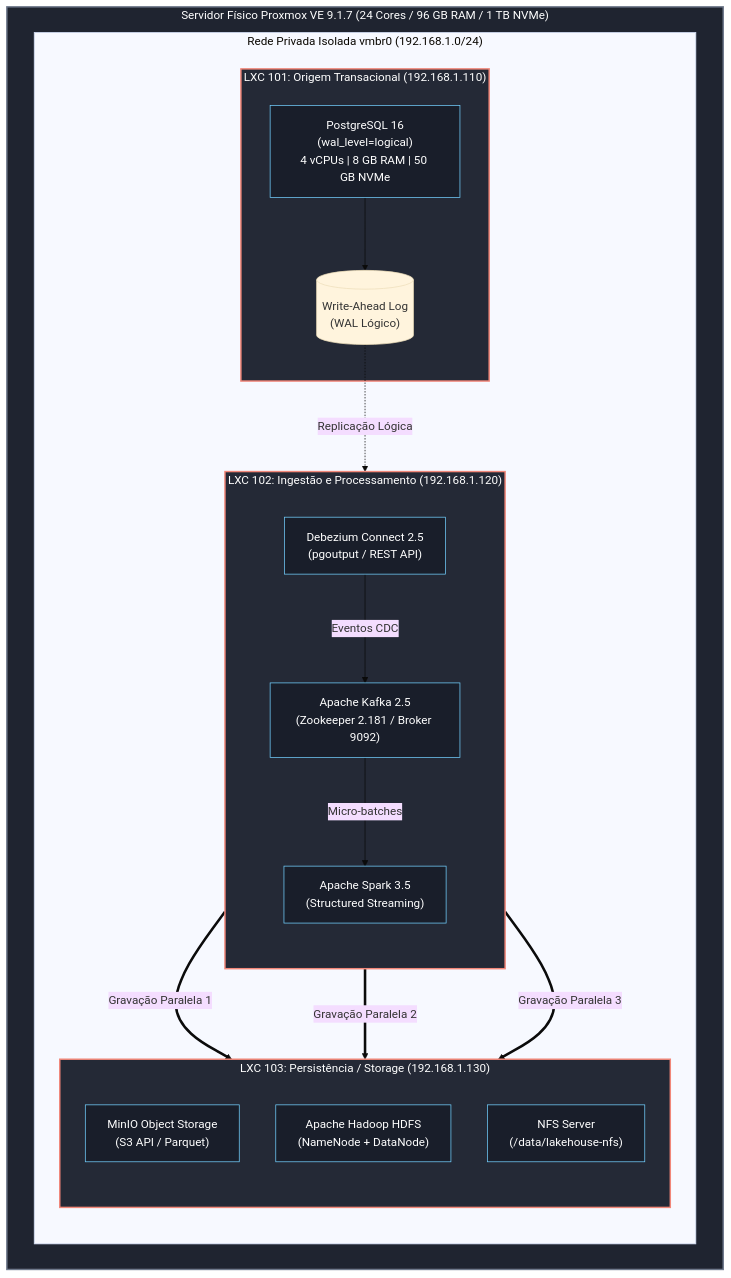
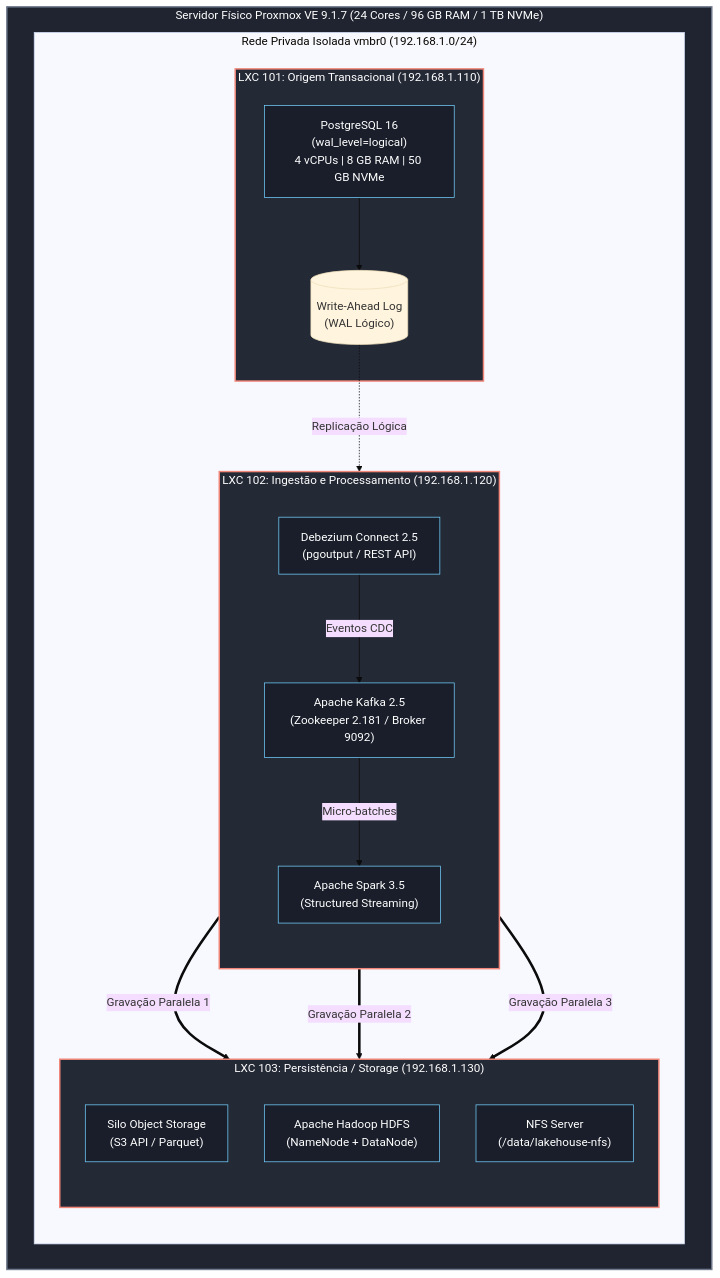
Before and after one commit to leoolivramos/lakehouse-storage-benchmark: the diagram in README.md, drawn with Mermaid (base theme). The commit also changed other lines of this file, not shown here.

Commit message:
docs: Migração do Documento de Minio para SILO

````diff
--- a/README.md
+++ b/README.md
@@ -30,41 +45,41 @@
 ```mermaid
 flowchart TD
     subgraph BareMetal ["Servidor Físico Proxmox VE 9.1.7 (24 Cores / 96 GB RAM / 1 TB NVMe)"]
         subgraph Subnet ["Rede Privada Isolada vmbr0 (192.168.1.0/24)"]
             
             subgraph LXC101 ["LXC 101: Origem Transacional (192.168.1.110)"]
                 PG["PostgreSQL 16\n(wal_level=logical)\n4 vCPUs | 8 GB RAM | 50 GB NVMe"]
                 PG_WAL[("Write-Ahead Log\n(WAL Lógico)")]
                 PG --> PG_WAL
             end
 
             subgraph LXC102 ["LXC 102: Ingestão e Processamento (192.168.1.120)"]
                 direction TB
                 DBZ["Debezium Connect 2.5\n(pgoutput / REST API)"]
                 KAFKA["Apache Kafka 2.5\n(Zookeeper 2.181 / Broker 9092)"]
                 SPARK["Apache Spark 3.5\n(Structured Streaming)"]
                 DBZ -->|Eventos CDC| KAFKA
                 KAFKA -->|Micro-batches| SPARK
             end
 
             subgraph LXC103 ["LXC 103: Persistência / Storage (192.168.1.130)"]
                 direction TB
-                MINIO["MinIO Object Storage\n(S3 API / Parquet)"]
+                SILO["Silo Object Storage\n(S3 API / Parquet)"]
                 HDFS["Apache Hadoop HDFS\n(NameNode + DataNode)"]
                 NFS["NFS Server\n(/data/lakehouse-nfs)"]
             end
         end
     end
 
     PG_WAL -.->|Replicação Lógica| DBZ
-    SPARK ==>|Gravação Paralela 1| MINIO
+    SPARK ==>|Gravação Paralela 1| SILO
     SPARK ==>|Gravação Paralela 2| HDFS
     SPARK ==>|Gravação Paralela 3| NFS
 
     classDef host fill:#1f2430,stroke:#707a8c,stroke-width:2px,color:#fff;
     classDef lxc fill:#242936,stroke:#f28779,stroke-width:2px,color:#fff;
     classDef comp fill:#191e2a,stroke:#73d0ff,stroke-width:1px,color:#fff;
     class BareMetal host;
     class LXC101,LXC102,LXC103 lxc;
-    class PG,DBZ,KAFKA,SPARK,MINIO,HDFS,NFS comp;
+    class PG,DBZ,KAFKA,SPARK,SILO,HDFS,NFS comp;
 ```
````
